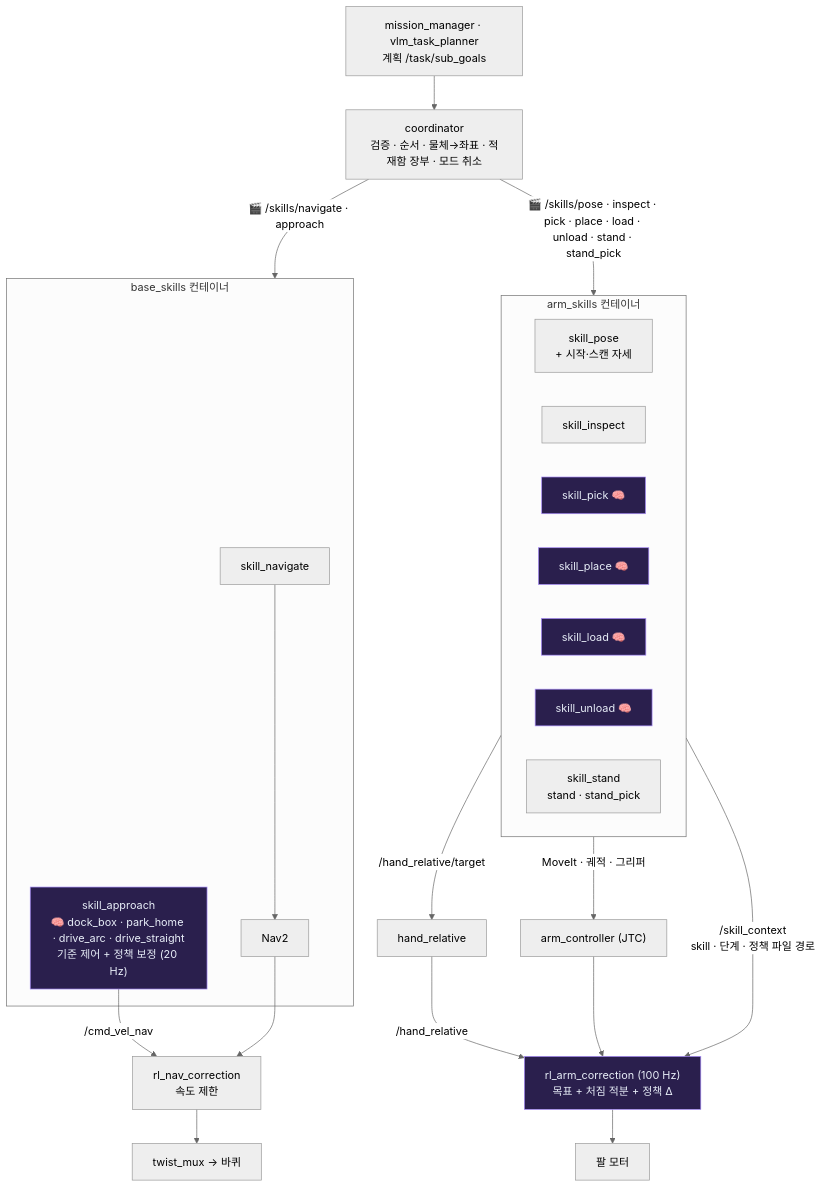
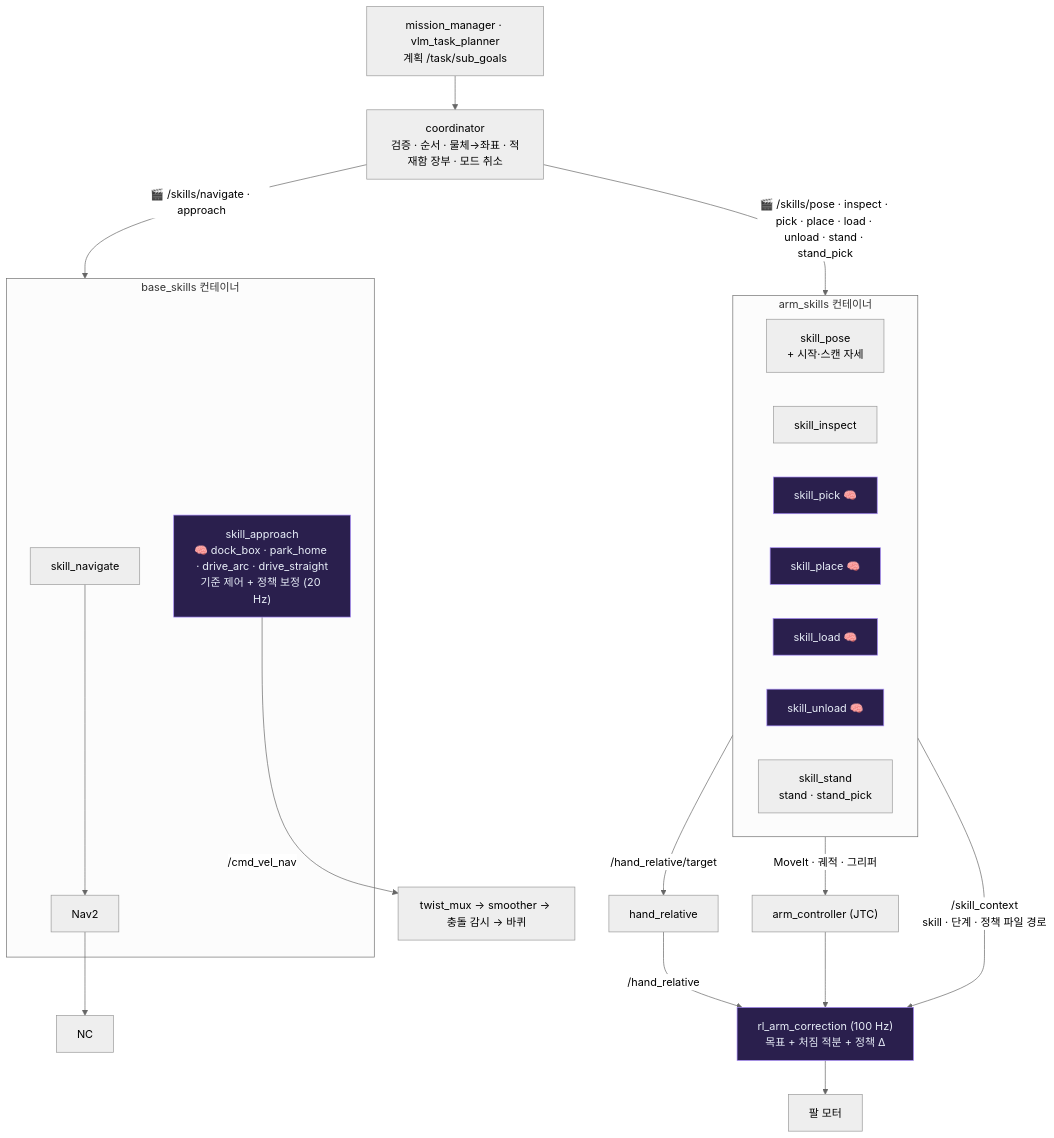
The first of 2 diagrams in bee/skill-nodes.md (JuneKunst/JuneKunst.github.io), drawn with Mermaid (neutral theme) before and after one commit. The commit also changed other lines of this file and 6 other files, not shown here.

Commit message:
bee: 11-06 진행 — 새 stow 재평가 · 위치 추정 측정 · PR #73 · 주행 경로를 지금 구조로 (rl_nav_correction 삭제 반영)

````diff
--- a/bee/skill-nodes.md
+++ b/bee/skill-nodes.md
@@ -38,26 +38,26 @@
 ```mermaid
 flowchart TB
   MM["mission_manager · vlm_task_planner<br/>계획 /task/sub_goals"] --> CO["coordinator<br/>검증 · 순서 · 물체→좌표 · 적재함 장부 · 모드 취소"]
   CO -->|"🎬 /skills/navigate · approach"| BASE
   CO -->|"🎬 /skills/pose · inspect · pick · place · load · unload · stand · stand_pick"| ARM
   subgraph BASE["base_skills 컨테이너"]
     SN["skill_navigate"] --> NAV2["Nav2"]
     SA["skill_approach<br/>🧠 dock_box · park_home · drive_arc · drive_straight<br/>기준 제어 + 정책 보정 (20 Hz)"]:::model
   end
   subgraph ARM["arm_skills 컨테이너"]
     SP["skill_pose<br/>+ 시작·스캔 자세"]
     SI["skill_inspect"]
     SK["skill_pick 🧠"]:::model
     SL["skill_place 🧠"]:::model
     SLD["skill_load 🧠"]:::model
     SU["skill_unload 🧠"]:::model
     SS["skill_stand<br/>stand · stand_pick"]
   end
-  SA -->|"/cmd_vel_nav"| NC["rl_nav_correction<br/>속도 제한"] --> TM["twist_mux → 바퀴"]
+  SA -->|"/cmd_vel_nav"| TM["twist_mux → smoother → 충돌 감시 → 바퀴"]
   NAV2 --> NC
   ARM -->|"MoveIt · 궤적 · 그리퍼"| JTC["arm_controller (JTC)"]
   ARM -->|"/skill_context<br/>skill · 단계 · 정책 파일 경로"| RC["rl_arm_correction (100 Hz)<br/>목표 + 처짐 적분 + 정책 Δ"]:::model
   ARM -->|"/hand_relative/target"| HR["hand_relative"] -->|"/hand_relative"| RC
   JTC --> RC --> HW["팔 모터"]
   classDef model fill:#2a1f4d,stroke:#a78bfa,color:#e8eef8
 ```
````
